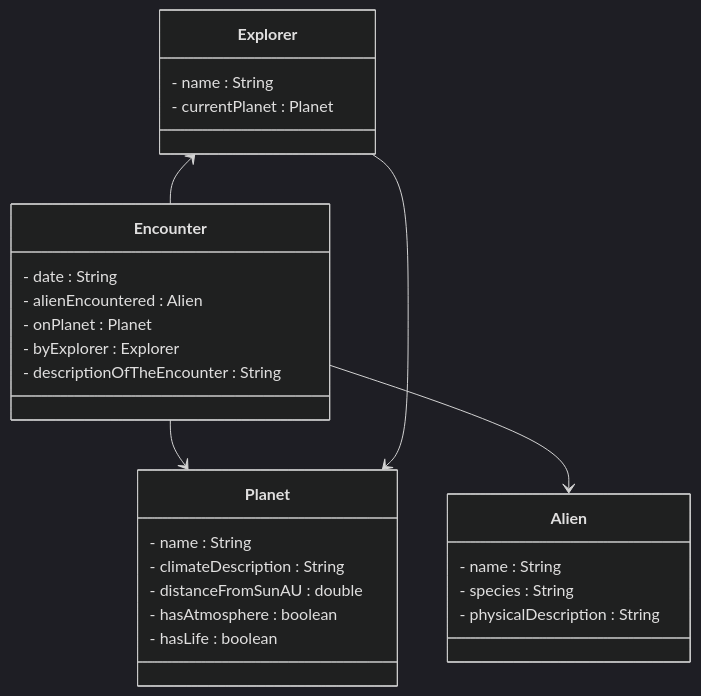
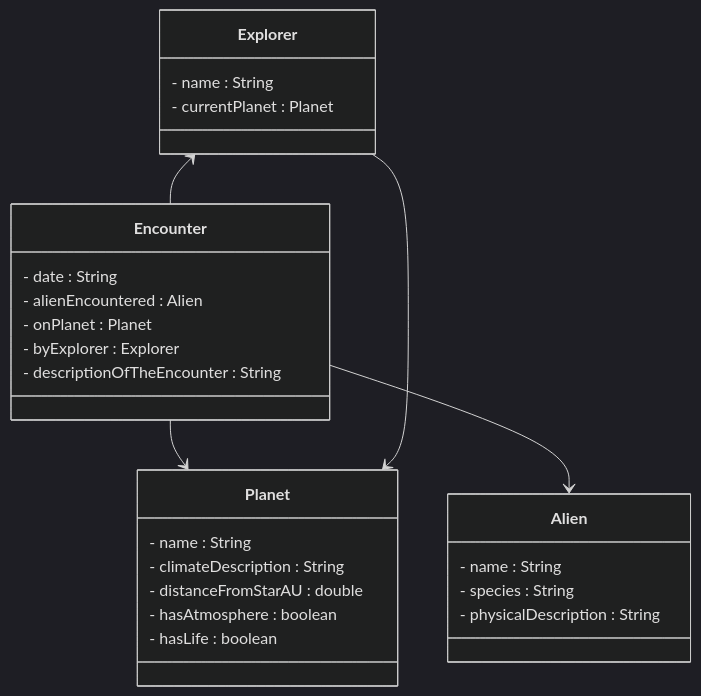
One commit to TroelsMortensen/Codelabs2 changed the second of 2 diagrams in Articles/Session 20 - Application design.md/005 Domain.md. Above: the diagram before and after it, drawn with Mermaid (dark theme). The commit also changed other lines of this file and 19 other files, not shown here.

````diff
--- a/Articles/Session 20 - Application design.md/005 Domain.md
+++ b/Articles/Session 20 - Application design.md/005 Domain.md
@@ -42,34 +42,34 @@
 ```mermaid
 classDiagram
     class Alien {
         - name : String
         - species : String
         - physicalDescription : String
     }
 
     class Planet {
         - name : String
         - climateDescription : String
-        - distanceFromSunAU : double
+        - distanceFromStarAU : double
         - hasAtmosphere : boolean
         - hasLife : boolean
     }
 
     class Encounter {
         - date : String
         - alienEncountered : Alien
         - onPlanet : Planet
         - byExplorer : Explorer
         - descriptionOfTheEncounter : String
     }
 
     class Explorer {
         - name : String
         - currentPlanet : Planet
     }
 
     Encounter --> Planet
     Encounter --> Alien
     Explorer <-- Encounter
     Explorer --> Planet
 ```
````
